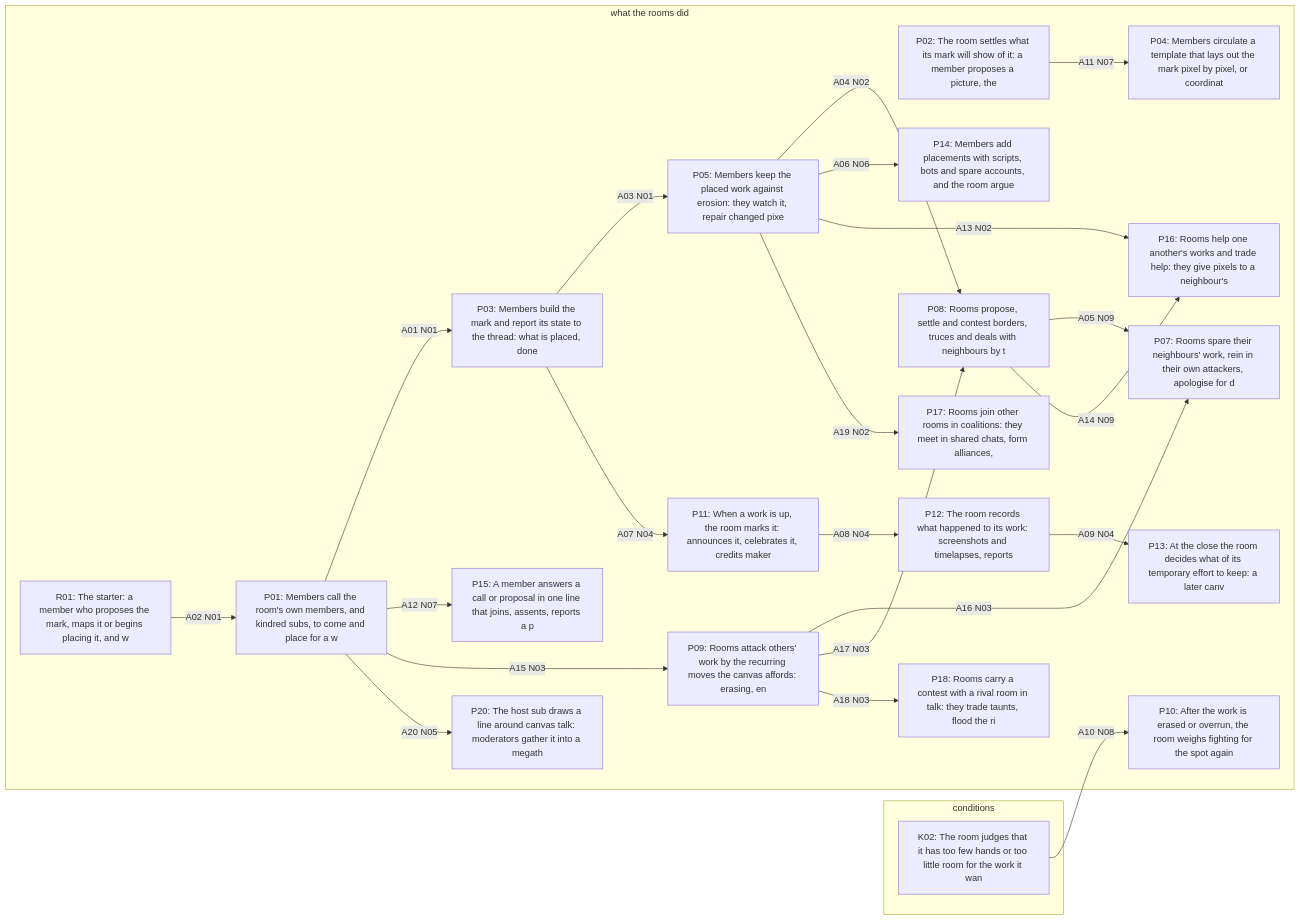
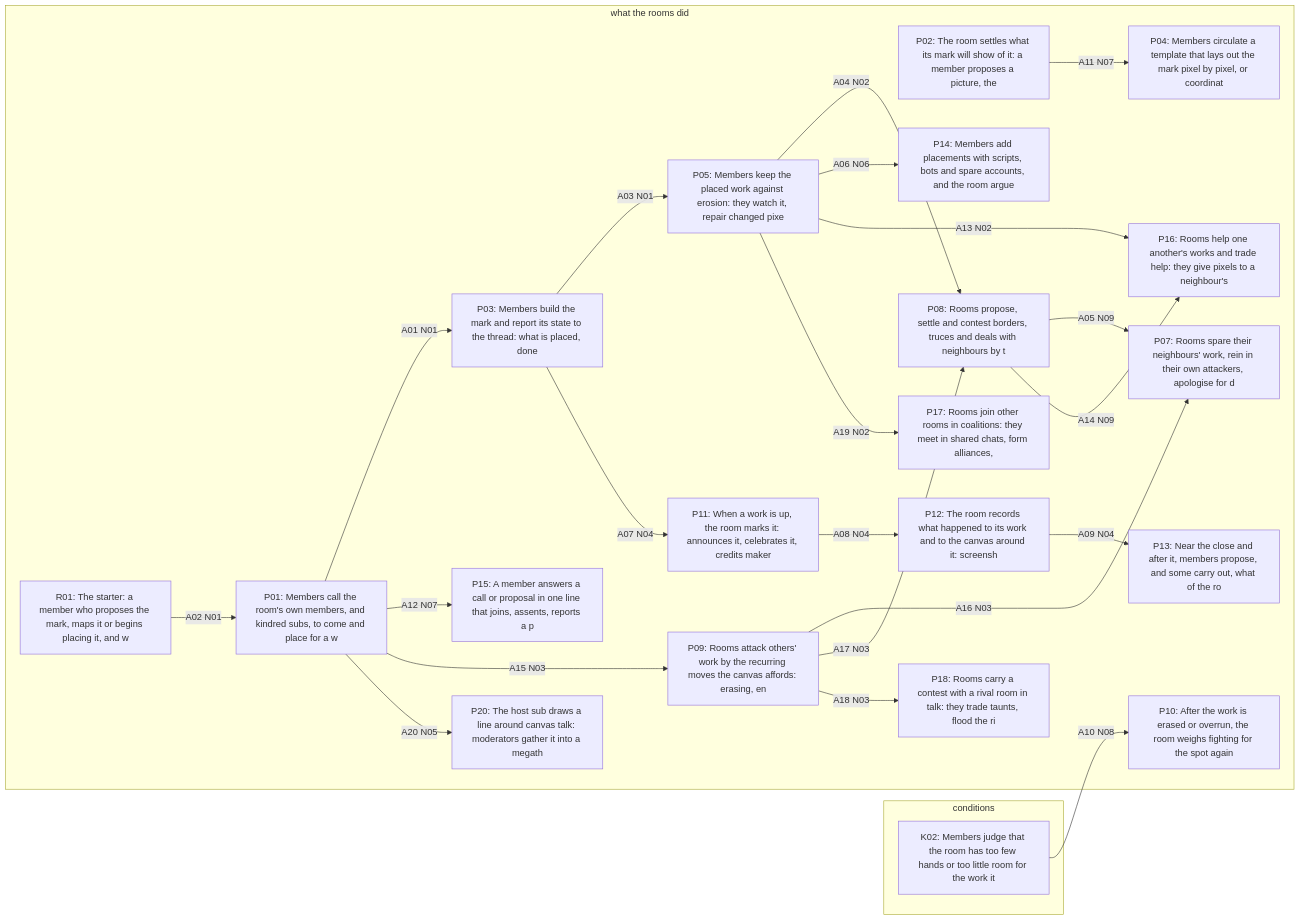
One commit to jparrieta/r-place changed the second of 2 diagrams in aggregator/runs/claude-v43-1/00_GIVE-THE-AGENT/out/_views/figure-model.md. Above: the diagram before and after it, drawn with Mermaid. The commit also changed other lines of this file and 800 other files, not shown here.

````diff
--- a/aggregator/runs/claude-v43-1/00_GIVE-THE-AGENT/out/_views/figure-model.md
+++ b/aggregator/runs/claude-v43-1/00_GIVE-THE-AGENT/out/_views/figure-model.md
@@ -56,47 +56,47 @@
 ```mermaid
 flowchart LR
   subgraph conditions["conditions"]
-    K02["K02: The room judges that it has too few hands or too little room for the work it wan"]
+    K02["K02: Members judge that the room has too few hands or too little room for the work it"]
   end
   subgraph what_the_rooms_did["what the rooms did"]
     P01["P01: Members call the room's own members, and kindred subs, to come and place for a w"]
     P02["P02: The room settles what its mark will show of it: a member proposes a picture, the"]
     P03["P03: Members build the mark and report its state to the thread: what is placed, done "]
     P04["P04: Members circulate a template that lays out the mark pixel by pixel, or coordinat"]
     P05["P05: Members keep the placed work against erosion: they watch it, repair changed pixe"]
     P07["P07: Rooms spare their neighbours' work, rein in their own attackers, apologise for d"]
     P08["P08: Rooms propose, settle and contest borders, truces and deals with neighbours by t"]
     P09["P09: Rooms attack others' work by the recurring moves the canvas affords: erasing, en"]
     P10["P10: After the work is erased or overrun, the room weighs fighting for the spot again"]
     P11["P11: When a work is up, the room marks it: announces it, celebrates it, credits maker"]
-    P12["P12: The room records what happened to its work: screenshots and timelapses, reports "]
-    P13["P13: At the close the room decides what of its temporary effort to keep: a later canv"]
+    P12["P12: The room records what happened to its work and to the canvas around it: screensh"]
+    P13["P13: Near the close and after it, members propose, and some carry out, what of the ro"]
     P14["P14: Members add placements with scripts, bots and spare accounts, and the room argue"]
     P15["P15: A member answers a call or proposal in one line that joins, assents, reports a p"]
     P16["P16: Rooms help one another's works and trade help: they give pixels to a neighbour's"]
     P17["P17: Rooms join other rooms in coalitions: they meet in shared chats, form alliances,"]
     P18["P18: Rooms carry a contest with a rival room in talk: they trade taunts, flood the ri"]
     P20["P20: The host sub draws a line around canvas talk: moderators gather it into a megath"]
     R01["R01: The starter: a member who proposes the mark, maps it or begins placing it, and w"]
   end
   P01 -->|"A01 N01"| P03
   R01 -->|"A02 N01"| P01
   P03 -->|"A03 N01"| P05
   P05 -->|"A04 N02"| P08
   P08 -->|"A05 N09"| P07
   P05 -->|"A06 N06"| P14
   P03 -->|"A07 N04"| P11
   P11 -->|"A08 N04"| P12
   P12 -->|"A09 N04"| P13
   K02 -->|"A10 N08"| P10
   P02 -->|"A11 N07"| P04
   P01 -->|"A12 N07"| P15
   P05 -->|"A13 N02"| P16
   P08 -->|"A14 N09"| P16
   P01 -->|"A15 N03"| P09
   P09 -->|"A16 N03"| P07
   P09 -->|"A17 N03"| P08
   P09 -->|"A18 N03"| P18
   P05 -->|"A19 N02"| P17
   P01 -->|"A20 N05"| P20
 ```
````
